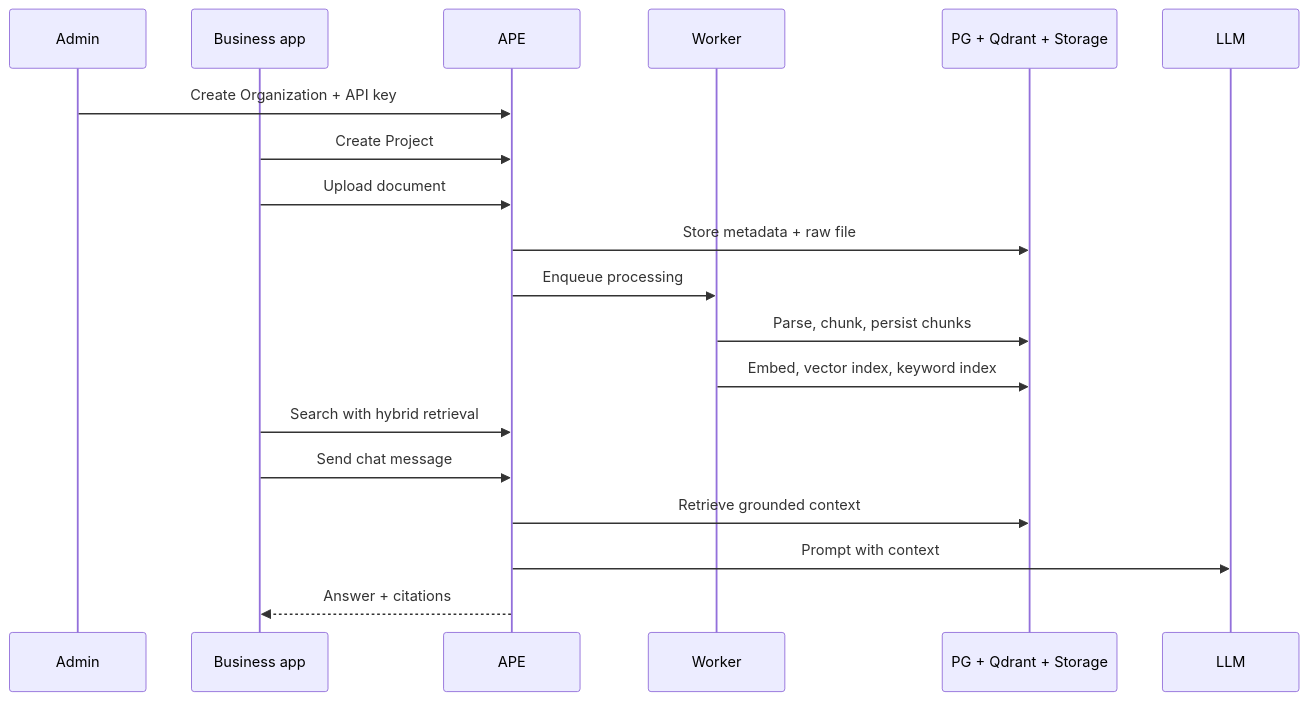
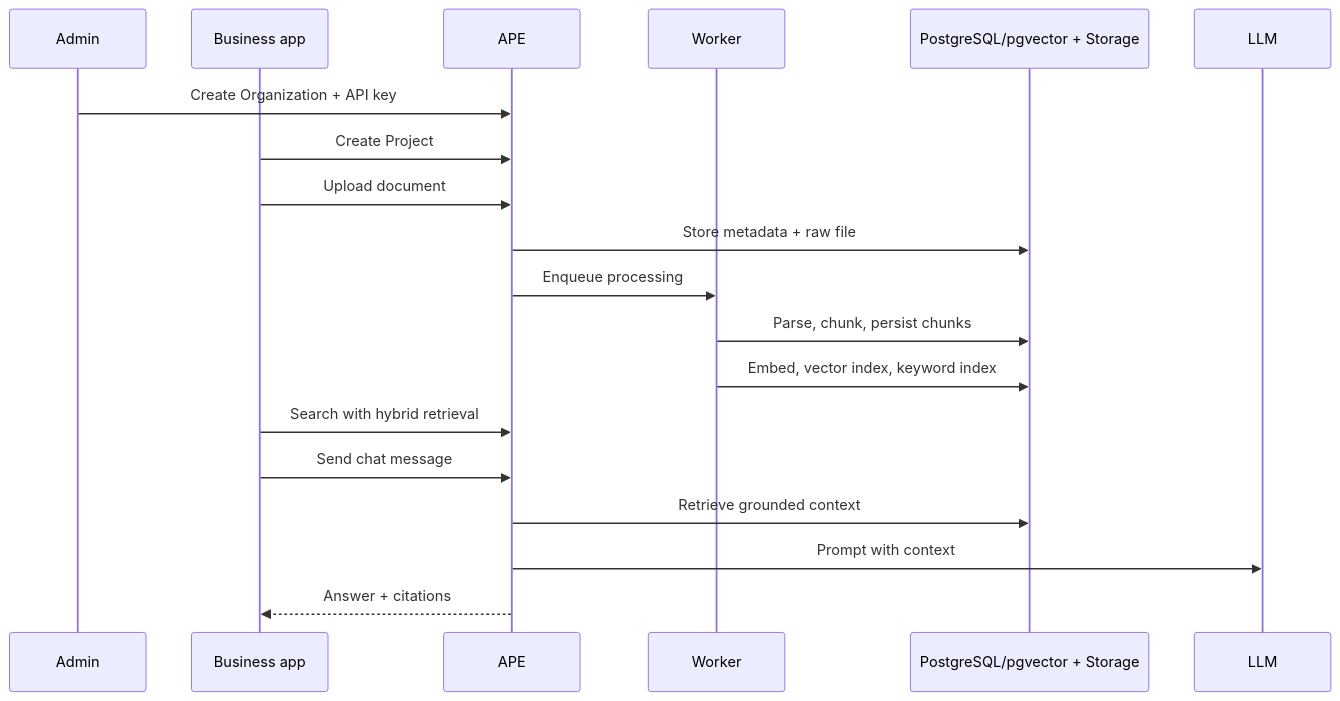
The second of 2 diagrams in docs/Platform-at-a-glance.md (Jrahimin/rag-builder), drawn with Mermaid before and after one commit. The commit also changed other lines of this file and 87 other files, not shown here.

Commit message:
migrated from qdrant to pgvector

````diff
--- a/docs/Platform-at-a-glance.md
+++ b/docs/Platform-at-a-glance.md
@@ -106,22 +105,22 @@
 ```mermaid
 sequenceDiagram
     participant Admin
     participant App as Business app
     participant APE
     participant Worker
-    participant Stores as PG + Qdrant + Storage
+    participant Stores as PostgreSQL/pgvector + Storage
     participant LLM
 
     Admin->>APE: Create Organization + API key
     App->>APE: Create Project
     App->>APE: Upload document
     APE->>Stores: Store metadata + raw file
     APE->>Worker: Enqueue processing
     Worker->>Stores: Parse, chunk, persist chunks
     Worker->>Stores: Embed, vector index, keyword index
     App->>APE: Search with hybrid retrieval
     App->>APE: Send chat message
     APE->>Stores: Retrieve grounded context
     APE->>LLM: Prompt with context
     APE-->>App: Answer + citations
 ```
````
